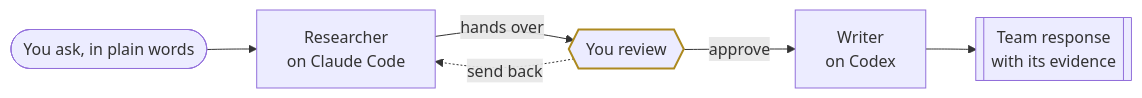
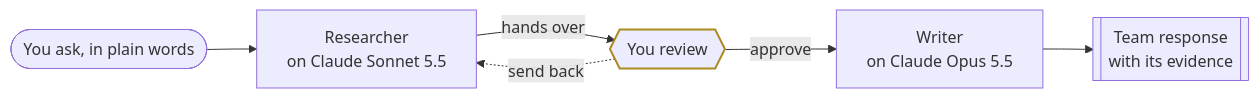
One commit to tnghia903/loomwatch changed the first of 2 diagrams in README.md. Above: the diagram before and after it, drawn with Mermaid. The commit also changed other lines of this file and 391 other files, not shown here.

````diff
--- a/README.md
+++ b/README.md
@@ -158,10 +167,10 @@
 ```mermaid
 flowchart LR
-    ask(["You ask, in plain words"]) --> researcher["Researcher<br/>on Claude Code"]
+    ask(["You ask, in plain words"]) --> researcher["Researcher<br/>on Claude Sonnet 5.5"]
     researcher -- "hands over" --> review{{"You review"}}
-    review -- "approve" --> writer["Writer<br/>on Codex"]
+    review -- "approve" --> writer["Writer<br/>on Claude Opus 5.5"]
     review -. "send back" .-> researcher
     writer --> response[["Team response<br/>with its evidence"]]
     classDef stop stroke:#AD8A20,stroke-width:2px
     class review stop
 ```
````
